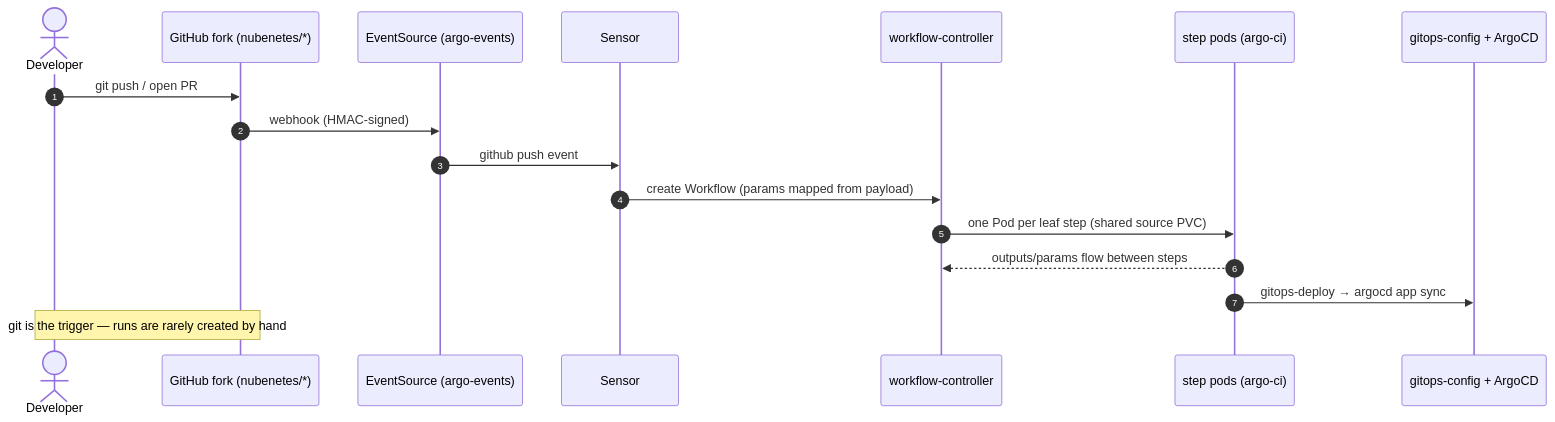
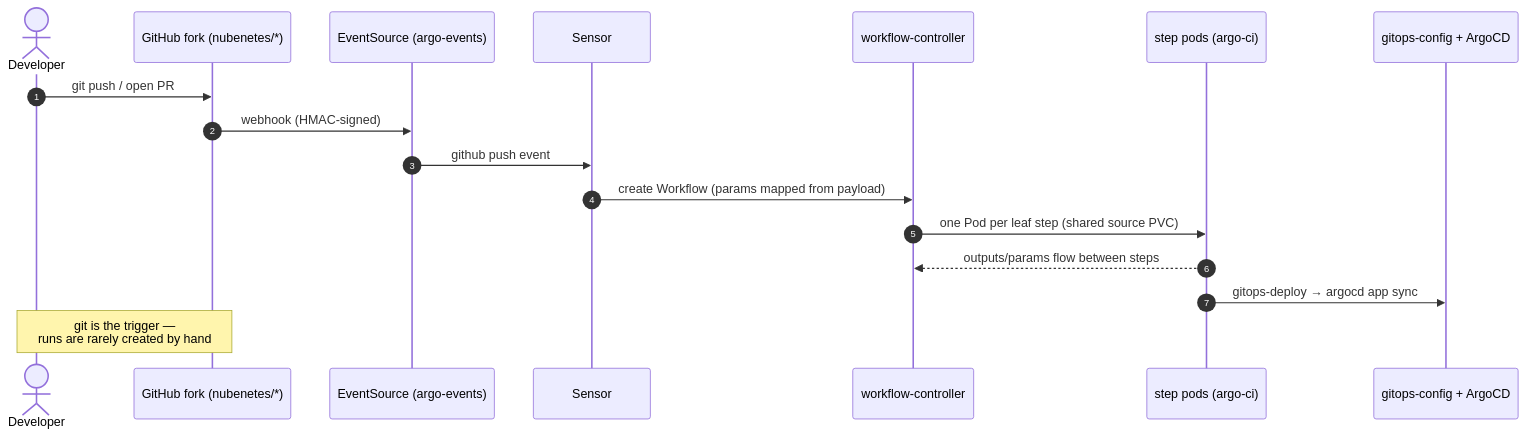
One commit to nubenetes/jenkins-2026 changed the fourth of 4 diagrams in docs/405-ARGO_WORKFLOWS.md. Above: the diagram before and after it, drawn with Mermaid. The commit also changed 14 other files, not shown here.

First line of the commit message:
docs(diagrams): repo-wide mermaid audit — fix 14 rendering defects + flagship improvements

````diff
--- a/docs/405-ARGO_WORKFLOWS.md
+++ b/docs/405-ARGO_WORKFLOWS.md
@@ -461,20 +461,20 @@
 ```mermaid
 sequenceDiagram
   autonumber
   actor Dev as Developer
   participant GH as GitHub fork (nubenetes/*)
   participant ES as EventSource (argo-events)
   participant Sn as Sensor
   participant Ctl as workflow-controller
   participant Pod as step pods (argo-ci)
   participant GO as gitops-config + ArgoCD
 
   Dev->>GH: git push / open PR
   GH->>ES: webhook (HMAC-signed)
   ES->>Sn: github push event
   Sn->>Ctl: create Workflow (params mapped from payload)
   Ctl->>Pod: one Pod per leaf step (shared source PVC)
   Pod-->>Ctl: outputs/params flow between steps
   Pod->>GO: gitops-deploy → argocd app sync
-  Note over Dev,GH: git is the trigger — runs are rarely created by hand
+  Note over Dev,GH: git is the trigger —<br/>runs are rarely created by hand
 ```
````
